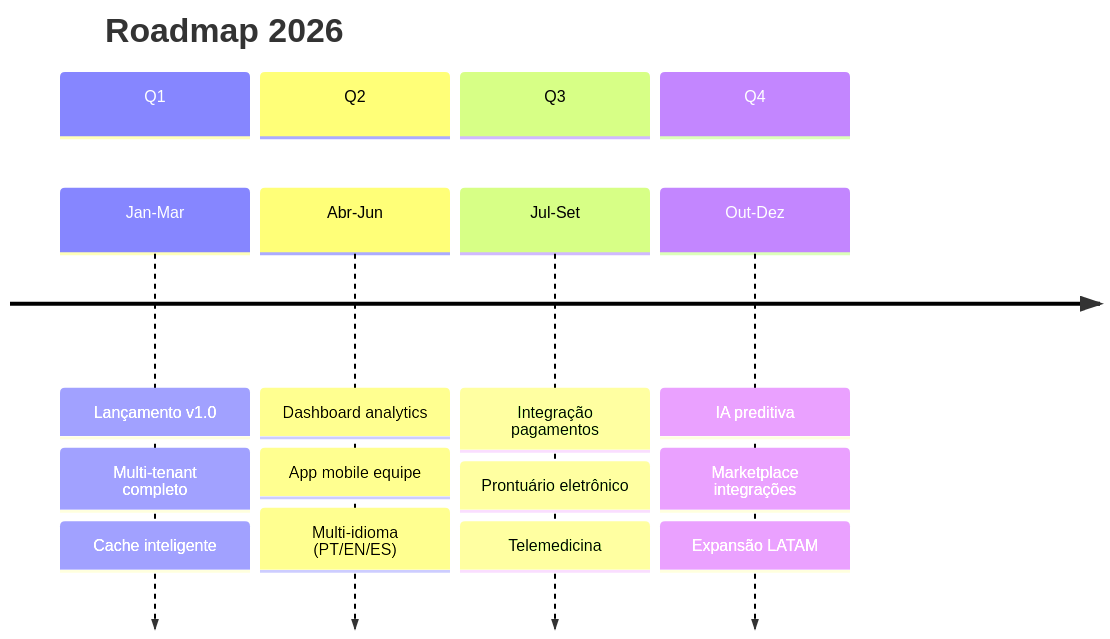
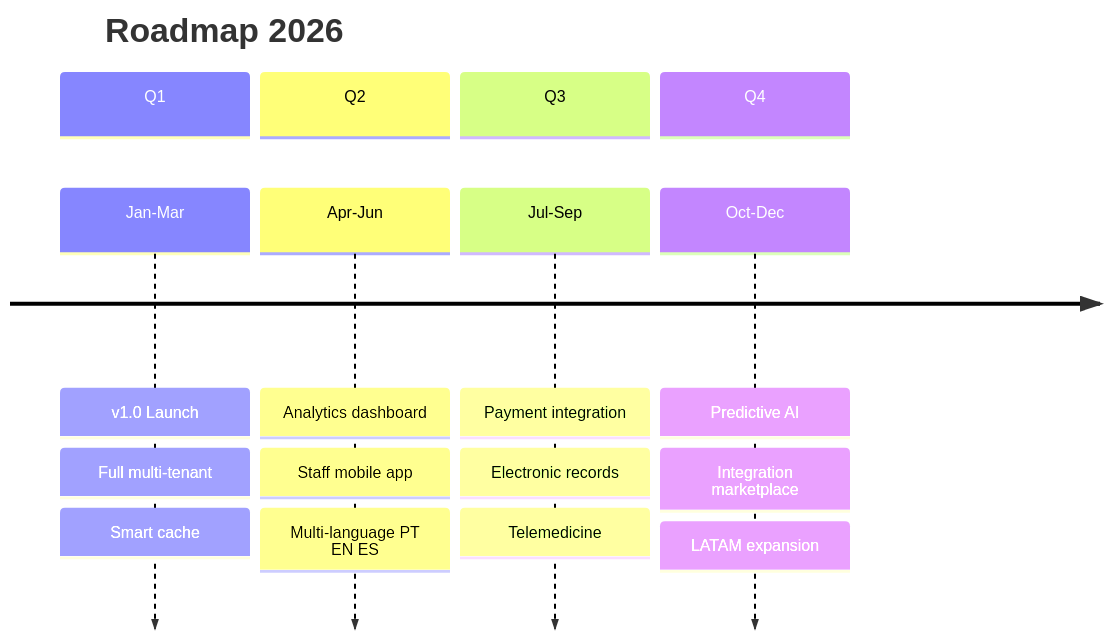
One commit to RenanLisboa8/n8n-clinic-multiagent changed the ninth of 14 diagrams in docs/EXECUTIVE_OVERVIEW.md. Above: the diagram before and after it, drawn with Mermaid. The commit also changed other lines of this file and 4 other files, not shown here.

First line of the commit message:
Update documentation and diagrams for improved clarity and accessibility

````diff
--- a/docs/EXECUTIVE_OVERVIEW.md
+++ b/docs/EXECUTIVE_OVERVIEW.md
@@ -270,20 +278,20 @@
 ```mermaid
 timeline
     title Roadmap 2026
     section Q1
-        Jan-Mar : Lançamento v1.0
-                : Multi-tenant completo
-                : Cache inteligente
+        Jan-Mar : v1.0 Launch
+                : Full multi-tenant
+                : Smart cache
     section Q2
-        Abr-Jun : Dashboard analytics
-                : App mobile equipe
-                : Multi-idioma (PT/EN/ES)
+        Apr-Jun : Analytics dashboard
+                : Staff mobile app
+                : Multi-language PT EN ES
     section Q3
-        Jul-Set : Integração pagamentos
-                : Prontuário eletrônico
-                : Telemedicina
+        Jul-Sep : Payment integration
+                : Electronic records
+                : Telemedicine
     section Q4
-        Out-Dez : IA preditiva
-                : Marketplace integrações
-                : Expansão LATAM
+        Oct-Dec : Predictive AI
+                : Integration marketplace
+                : LATAM expansion
 ```
````
